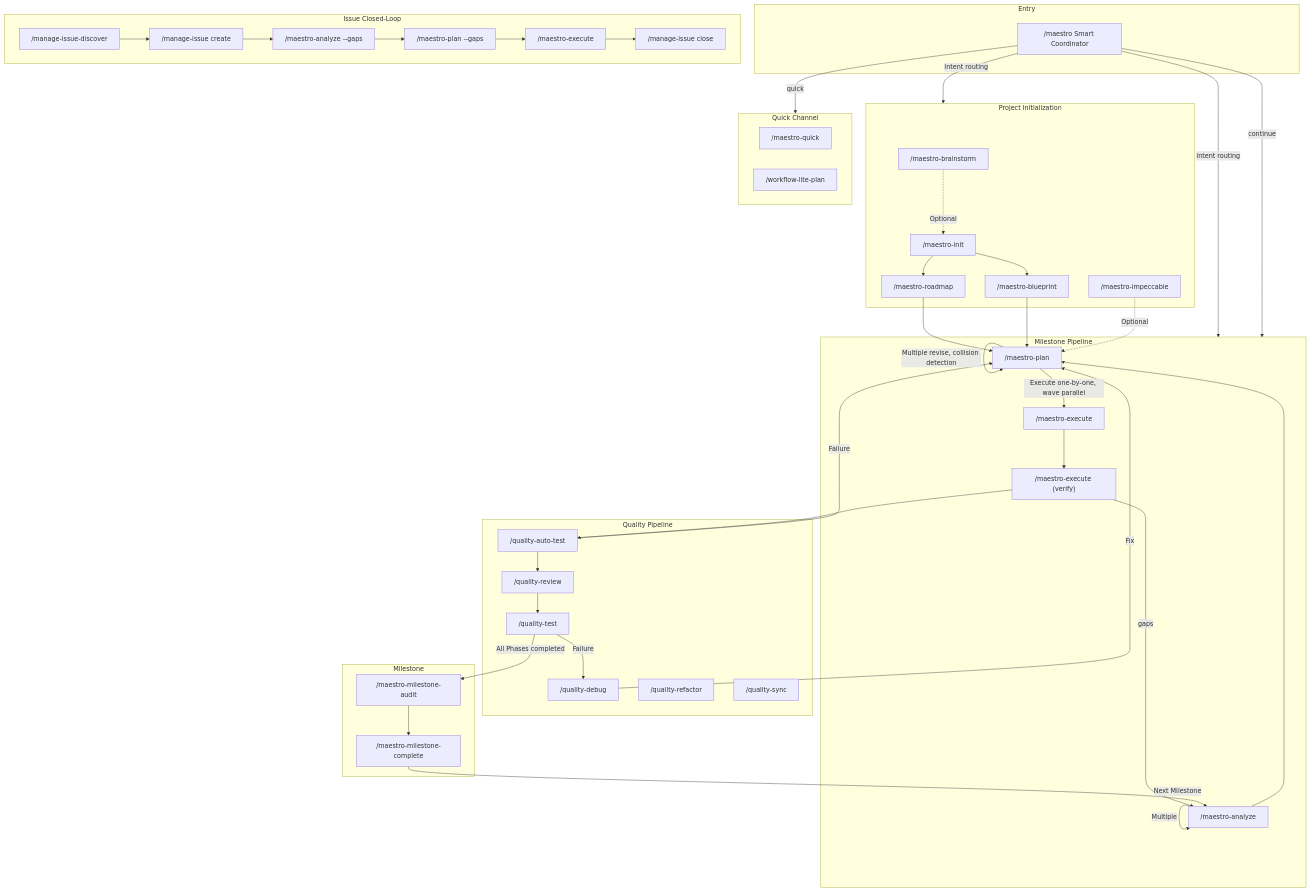
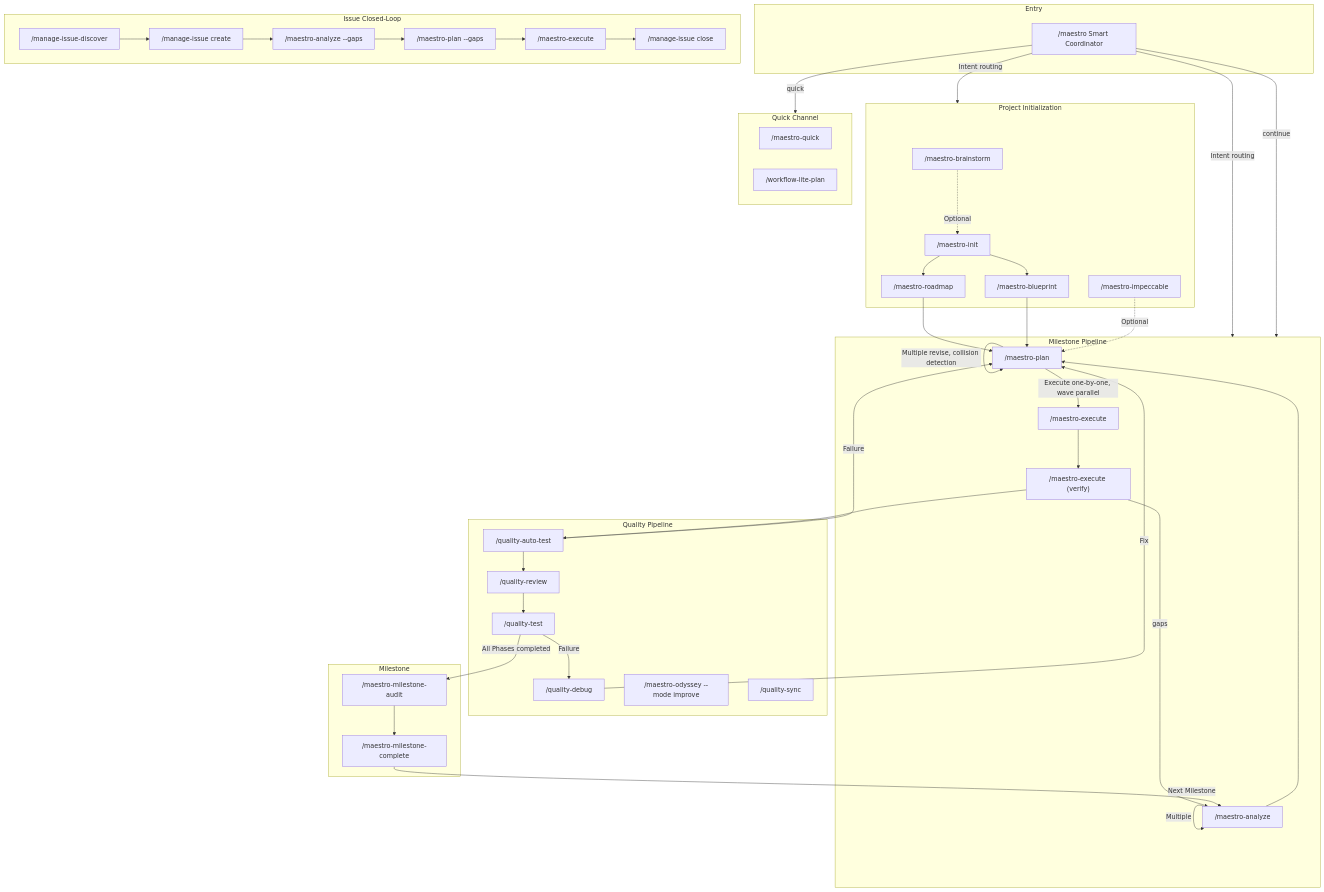
One commit to KatouRyuuji/maestro-flow changed the first of 2 diagrams in guide/command-usage-guide.en.md. Above: the diagram before and after it, drawn with Mermaid. The commit also changed other lines of this file and 46 other files, not shown here.

```diff
--- a/guide/command-usage-guide.en.md
+++ b/guide/command-usage-guide.en.md
@@ -50,7 +50,7 @@
         QAT["/quality-auto-test"]
         QT["/quality-test"]
         QD["/quality-debug"]
-        QRF["/quality-refactor"]
+        QRF["/maestro-odyssey --mode improve"]
         QS["/quality-sync"]
     end
 
```
